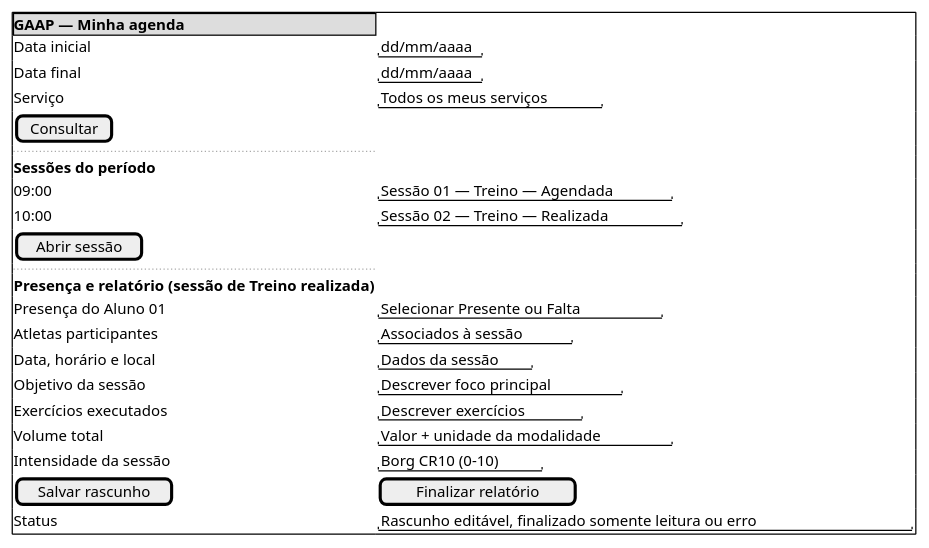
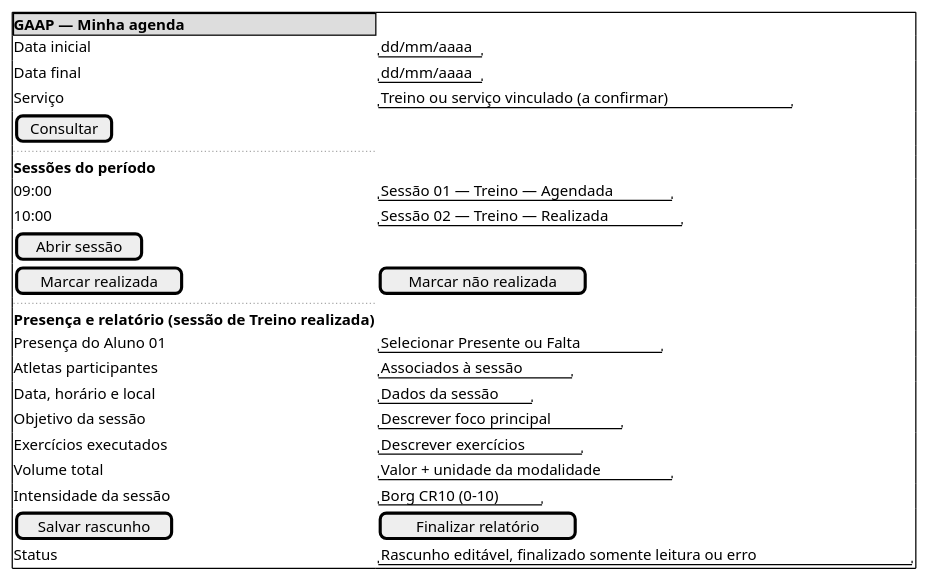
Before and after one commit to Projetos-de-Extensao/PECDII_26.2_8001_I: the fifth of 6 diagrams in docs/Iniciacao/prototipo_baixa_fidelidade.md, drawn with PlantUML. The commit also changed other lines of this file and 22 other files, not shown here.

````diff
--- a/docs/Iniciacao/prototipo_baixa_fidelidade.md
+++ b/docs/Iniciacao/prototipo_baixa_fidelidade.md
@@ -83,27 +105,28 @@
 ```plantuml
 @startsalt
 {+
   {* <b>GAAP — Minha agenda}
   Data inicial | "dd/mm/aaaa"
   Data final | "dd/mm/aaaa"
-  Serviço | "Todos os meus serviços"
+  Serviço | "Treino ou serviço vinculado (a confirmar)"
   [Consultar]
   ..
   <b>Sessões do período
   09:00 | "Sessão 01 — Treino — Agendada"
   10:00 | "Sessão 02 — Treino — Realizada"
   [Abrir sessão]
+  [Marcar realizada] | [Marcar não realizada]
   ..
   <b>Presença e relatório (sessão de Treino realizada)
   Presença do Aluno 01 | "Selecionar Presente ou Falta"
   Atletas participantes | "Associados à sessão"
   Data, horário e local | "Dados da sessão"
   Objetivo da sessão | "Descrever foco principal"
   Exercícios executados | "Descrever exercícios"
   Volume total | "Valor + unidade da modalidade"
   Intensidade da sessão | "Borg CR10 (0–10)"
   [Salvar rascunho] | [Finalizar relatório]
   Status | "Rascunho editável, finalizado somente leitura ou erro"
 }
 @endsalt
 ```
````
